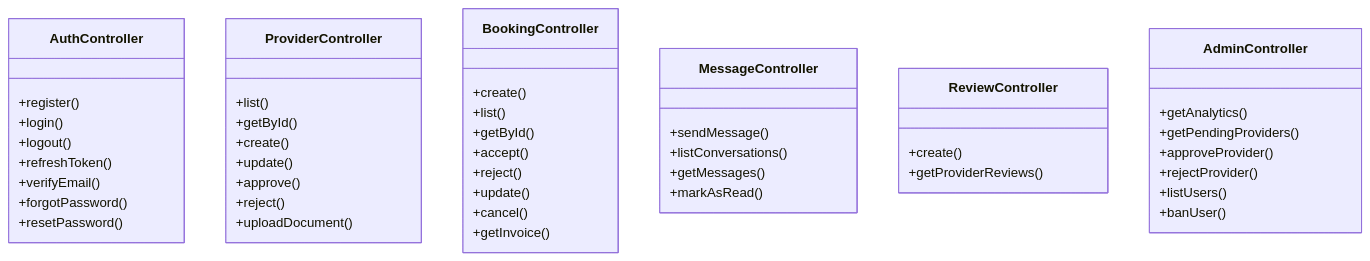
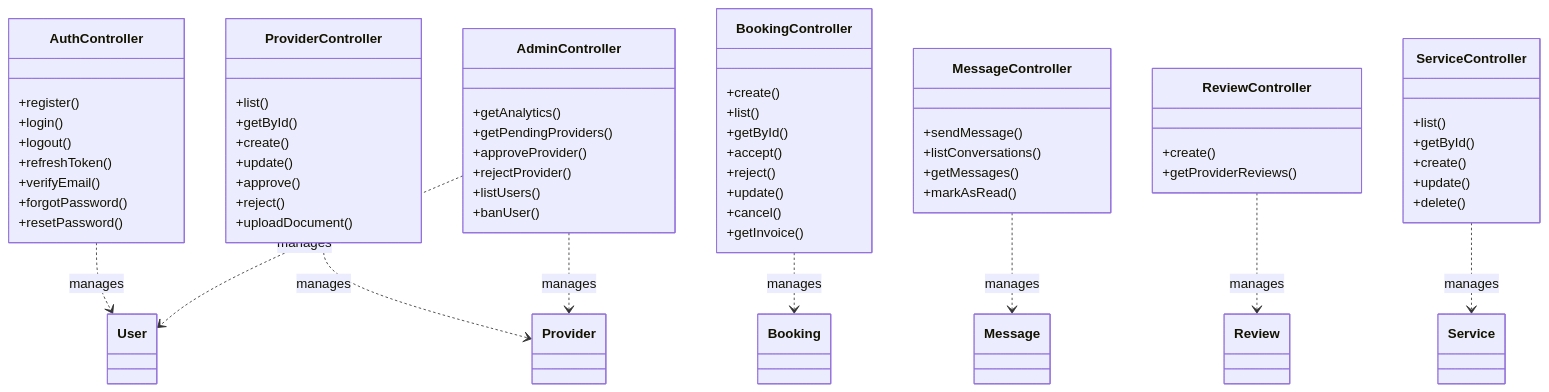
One commit to botvecna47/MH26-Services changed the third of 19 diagrams in docs/UML_DIAGRAMS.md. Above: the diagram before and after it, drawn with Mermaid. The commit also changed other lines of this file and 16 other files, not shown here.

Commit message:
Fix class diagrams in UML_DIAGRAMS.md for GitHub rendering and add rate limit error handling

````diff
--- a/docs/UML_DIAGRAMS.md
+++ b/docs/UML_DIAGRAMS.md
@@ -262,54 +261,71 @@
 ```mermaid
 classDiagram
     class AuthController {
         +register()
         +login()
         +logout()
         +refreshToken()
         +verifyEmail()
         +forgotPassword()
         +resetPassword()
     }
     
     class ProviderController {
         +list()
         +getById()
         +create()
         +update()
         +approve()
         +reject()
         +uploadDocument()
     }
     
     class BookingController {
         +create()
         +list()
         +getById()
         +accept()
         +reject()
         +update()
         +cancel()
         +getInvoice()
     }
     
     class MessageController {
         +sendMessage()
         +listConversations()
         +getMessages()
         +markAsRead()
     }
     
     class ReviewController {
         +create()
         +getProviderReviews()
     }
     
     class AdminController {
         +getAnalytics()
         +getPendingProviders()
         +approveProvider()
         +rejectProvider()
         +listUsers()
         +banUser()
     }
+    
+    class ServiceController {
+        +list()
+        +getById()
+        +create()
+        +update()
+        +delete()
+    }
+    
+    AuthController ..> User : manages
+    ProviderController ..> Provider : manages
+    BookingController ..> Booking : manages
+    MessageController ..> Message : manages
+    ReviewController ..> Review : manages
+    AdminController ..> User : manages
+    AdminController ..> Provider : manages
+    ServiceController ..> Service : manages
 ```
````
